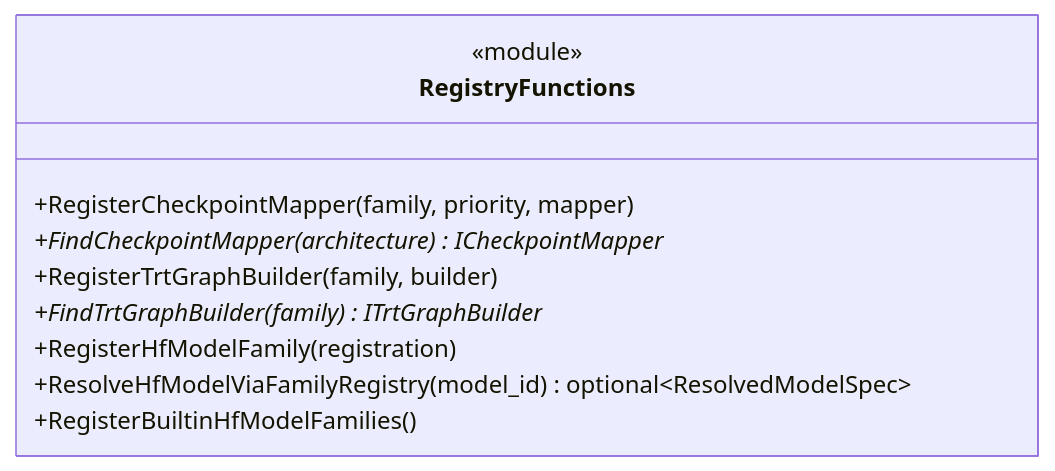
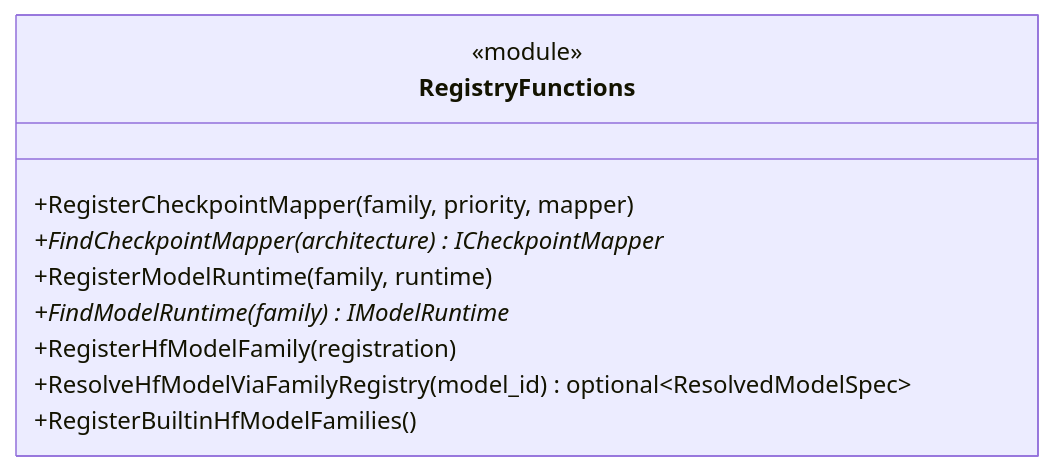
One commit to AbishekCoder1/TensorRT-Model-Connect changed the fifth of 8 diagrams in docs/wiki/Static-Design.md. Above: the diagram before and after it, drawn with Mermaid. The commit also changed other lines of this file and 32 other files, not shown here.

First line of the commit message:
refactor: Zero-edit parallel agent architecture + DI-clean IModelRuntime

````diff
--- a/docs/wiki/Static-Design.md
+++ b/docs/wiki/Static-Design.md
@@ -304,13 +307,13 @@
 ```mermaid
 classDiagram
     class RegistryFunctions {
         <<module>>
         +RegisterCheckpointMapper(family, priority, mapper)
         +FindCheckpointMapper(architecture) ICheckpointMapper*
-        +RegisterTrtGraphBuilder(family, builder)
-        +FindTrtGraphBuilder(family) ITrtGraphBuilder*
+        +RegisterModelRuntime(family, runtime)
+        +FindModelRuntime(family) IModelRuntime*
         +RegisterHfModelFamily(registration)
         +ResolveHfModelViaFamilyRegistry(model_id) optional~ResolvedModelSpec~
         +RegisterBuiltinHfModelFamilies()
     }
 ```
````
